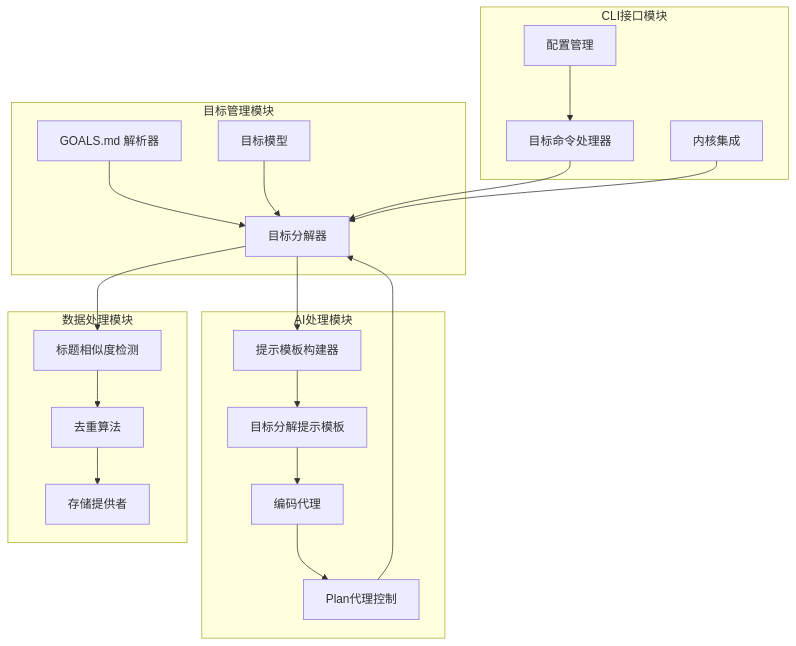
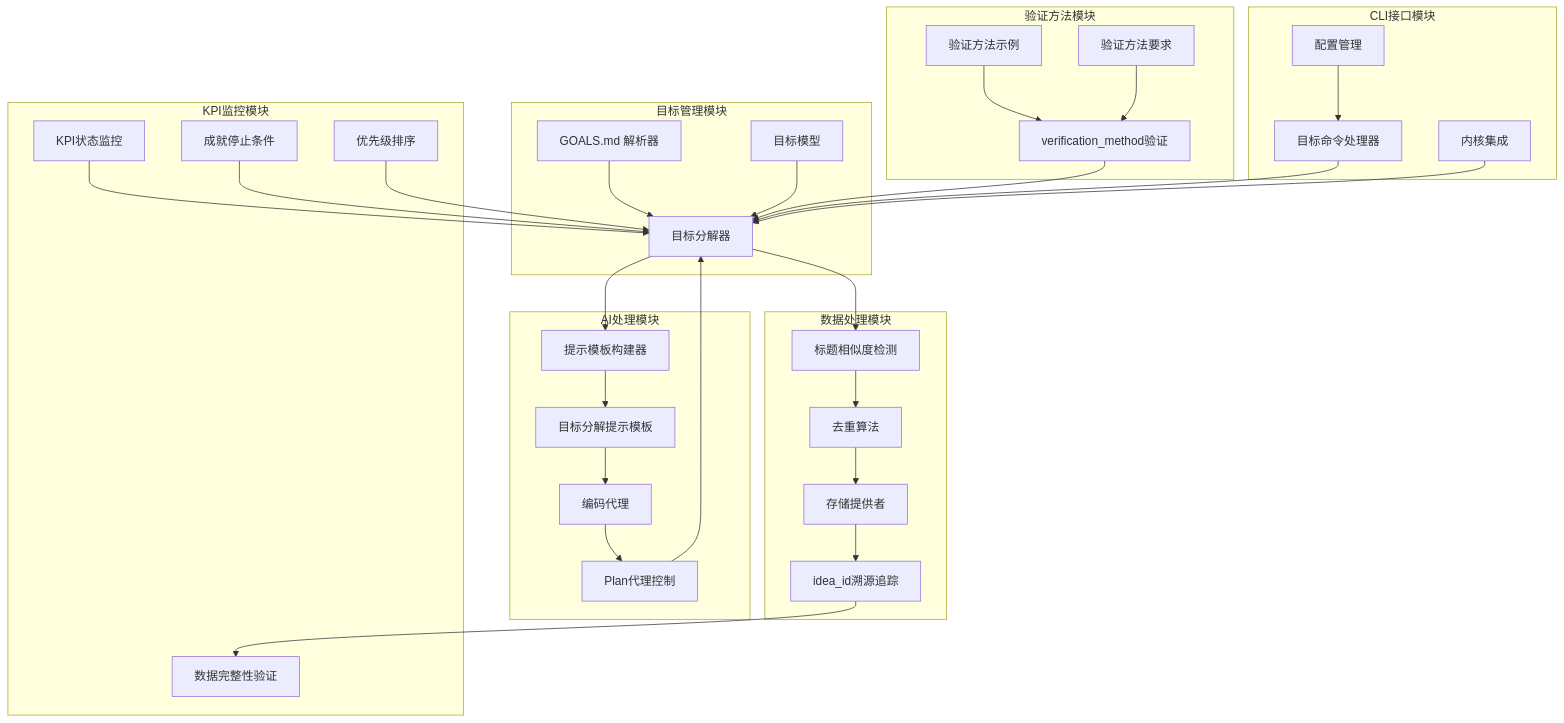
Before and after one commit to pinsonchen/vivify: the first of 13 diagrams in .qoder/repowiki/zh/content/技术实现参考/自动目标分解功能.md, drawn with Mermaid. The commit also changed other lines of this file and 16 other files, not shown here.

````diff
--- a/.qoder/repowiki/zh/content/技术实现参考/自动目标分解功能.md
+++ b/.qoder/repowiki/zh/content/技术实现参考/自动目标分解功能.md
@@ -50,37 +58,57 @@
 ```mermaid
 graph TB
 subgraph "目标管理模块"
 A[GOALS.md 解析器]
 B[目标模型]
 C[目标分解器]
 end
 subgraph "AI处理模块"
 D[提示模板构建器]
 E[目标分解提示模板]
 F[编码代理]
 G[Plan代理控制]
 end
 subgraph "数据处理模块"
 H[标题相似度检测]
 I[去重算法]
 J[存储提供者]
+K[idea_id溯源追踪]
+end
+subgraph "KPI监控模块"
+L[KPI状态监控]
+M[成就停止条件]
+N[优先级排序]
+O[数据完整性验证]
+end
+subgraph "验证方法模块"
+P[verification_method验证]
+Q[验证方法示例]
+R[验证方法要求]
 end
 subgraph "CLI接口模块"
-K[目标命令处理器]
-L[配置管理]
-M[内核集成]
+S[目标命令处理器]
+T[配置管理]
+U[内核集成]
 end
 A --> C
 B --> C
 C --> D
 D --> E
 E --> F
 F --> G
 G --> C
 C --> H
 H --> I
 I --> J
-K --> C
-L --> K
+J --> K
+K --> O
+L --> C
 M --> C
+N --> C
+P --> C
+Q --> P
+R --> P
+S --> C
+T --> S
+U --> C
 ```
````
